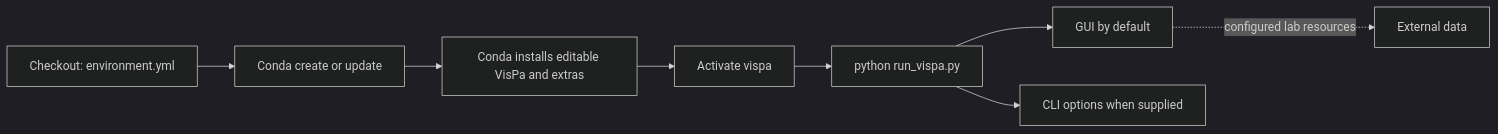
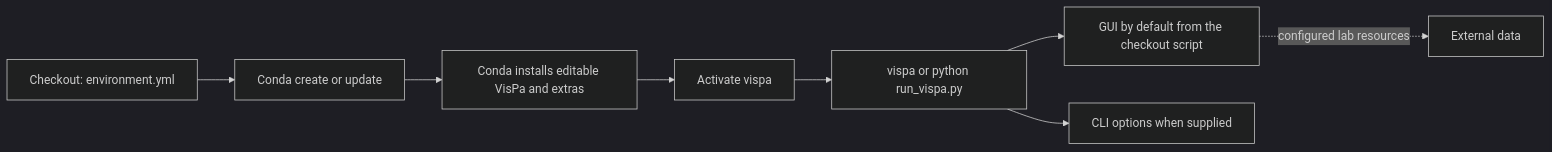
One commit to bylaikaby/VisPa changed the first of 3 diagrams in README.md. Above: the diagram before and after it, drawn with Mermaid (dark theme). The commit also changed other lines of this file and 10 other files, not shown here.

````diff
--- a/README.md
+++ b/README.md
@@ -54,10 +55,10 @@
 ```mermaid
 flowchart LR
   Y[Checkout: environment.yml] --> C[Conda create or update]
   C --> P[Conda installs editable VisPa and extras]
   P --> A[Activate vispa]
-  A --> R[python run_vispa.py]
-  R --> G[GUI by default]
+  A --> R[vispa or python run_vispa.py]
+  R --> G[GUI by default from the checkout script]
   R --> O[CLI options when supplied]
   G -. configured lab resources .-> D[External data]
 ```
````
